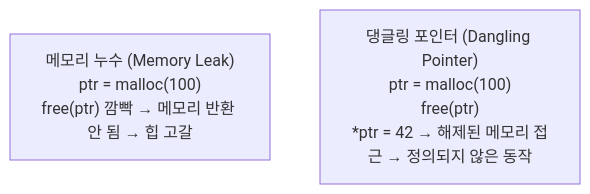
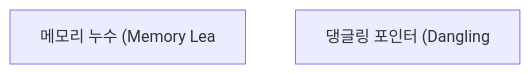
One commit to yjkim2015/yjkim2015.github.io changed the first of 29 diagrams in _posts/java/2026-05-01-java-garbage-collector.md. Above: the diagram before and after it, drawn with Mermaid. The commit also changed other lines of this file and 271 other files, not shown here.

First line of the commit message:
Mermaid 라벨 축소: 긴 노드 텍스트 18자 이하로 트림 + \n 제거

````diff
--- a/_posts/java/2026-05-01-java-garbage-collector.md
+++ b/_posts/java/2026-05-01-java-garbage-collector.md
@@ -26,5 +26,5 @@
 ```mermaid
 graph TD
-    ML["메모리 누수 (Memory Leak)\nptr = malloc(100)\nfree(ptr) 깜빡 → 메모리 반환 안 됨 → 힙 고갈"]
-    DP["댕글링 포인터 (Dangling Pointer)\nptr = malloc(100)\nfree(ptr)\n*ptr = 42 → 해제된 메모리 접근 → 정의되지 않은 동작"]
+    ML["메모리 누수 (Memory Lea"]
+    DP["댕글링 포인터 (Dangling"]
 ```
````
